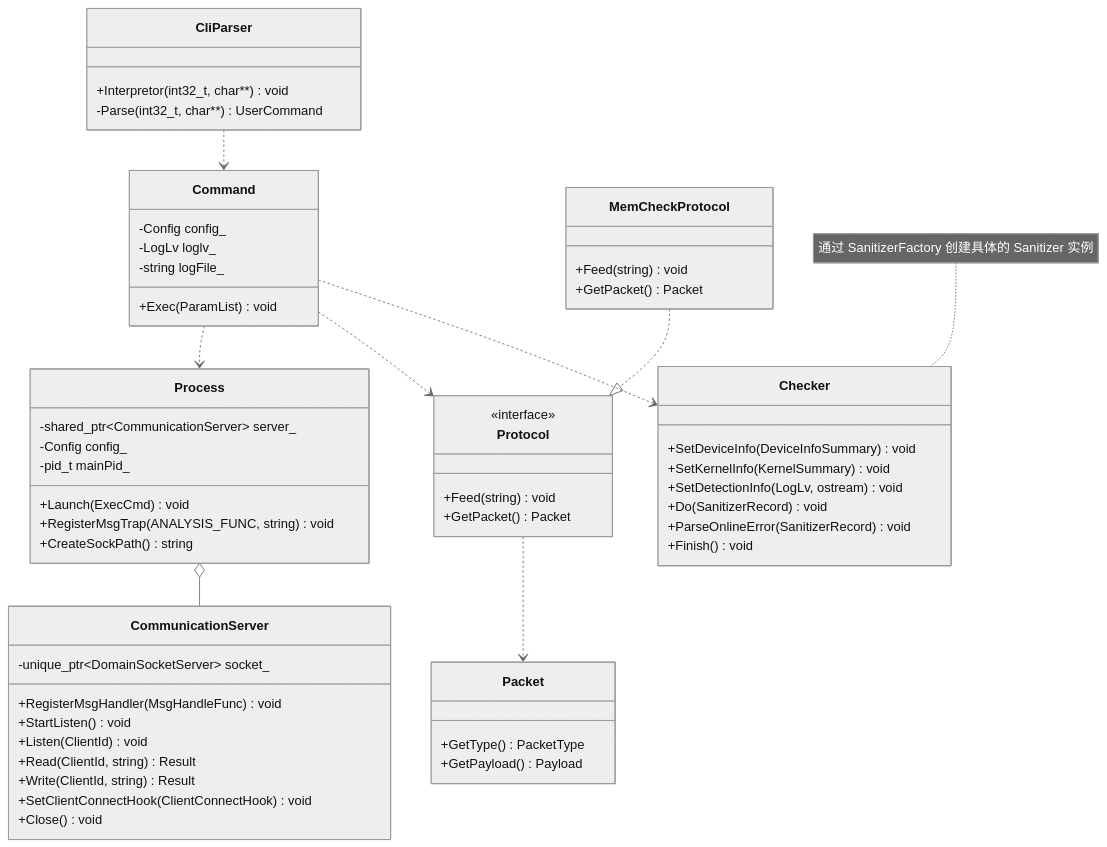
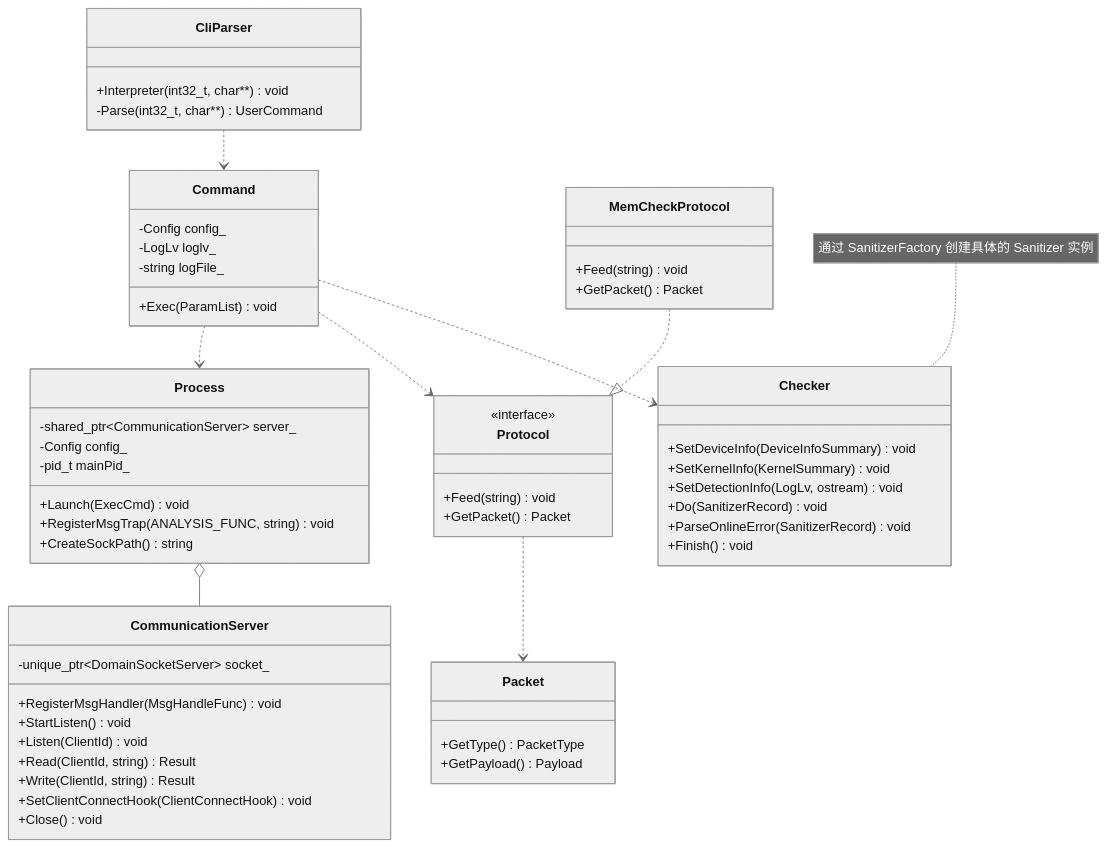
Before and after one commit to mindstudio-docs/master: the third of 24 diagrams in mssanitizer/docs/zh/development_guide/architecture.md, drawn with Mermaid (neutral theme). The commit also changed other lines of this file and 494 other files, not shown here.

````diff
--- a/mssanitizer/docs/zh/development_guide/architecture.md
+++ b/mssanitizer/docs/zh/development_guide/architecture.md
@@ -164,60 +164,60 @@
 ```mermaid
 classDiagram
     class CliParser {
-        +Interpretor(int32_t, char**) void
+        +Interpreter(int32_t, char**) void
         -Parse(int32_t, char**) UserCommand
     }
     class Command {
         +Exec(ParamList) void
         -Config config_
         -LogLv loglv_
         -string logFile_
     }
     class Process {
         +Launch(ExecCmd) void
         +RegisterMsgTrap(ANALYSIS_FUNC, string) void
         +CreateSockPath() string
         -shared_ptr~CommunicationServer~ server_
         -Config config_
         -pid_t mainPid_
     }
     class CommunicationServer {
         -unique_ptr~DomainSocketServer~ socket_
         +RegisterMsgHandler(MsgHandleFunc) void
         +StartListen() void
         +Listen(ClientId) void
         +Read(ClientId, string) Result
         +Write(ClientId, string) Result
         +SetClientConnectHook(ClientConnectHook) void
         +Close() void
     }
     class Packet {
         +GetType() PacketType
         +GetPayload() Payload
     }
     class Protocol {
         <<interface>>
         +Feed(string) void
         +GetPacket() Packet
     }
     class MemCheckProtocol {
         +Feed(string) void
         +GetPacket() Packet
     }
     class Checker {
         +SetDeviceInfo(DeviceInfoSummary) void
         +SetKernelInfo(KernelSummary) void
         +SetDetectionInfo(LogLv, ostream) void
         +Do(SanitizerRecord) void
         +ParseOnlineError(SanitizerRecord) void
         +Finish() void
     }
     note for Checker "通过 SanitizerFactory 创建具体的 Sanitizer 实例"
     CliParser ..> Command
     Command ..> Process
     Process o-- CommunicationServer
     Command ..> Protocol
     Command ..> Checker
     Protocol ..> Packet
     MemCheckProtocol ..|> Protocol
 ```
````
